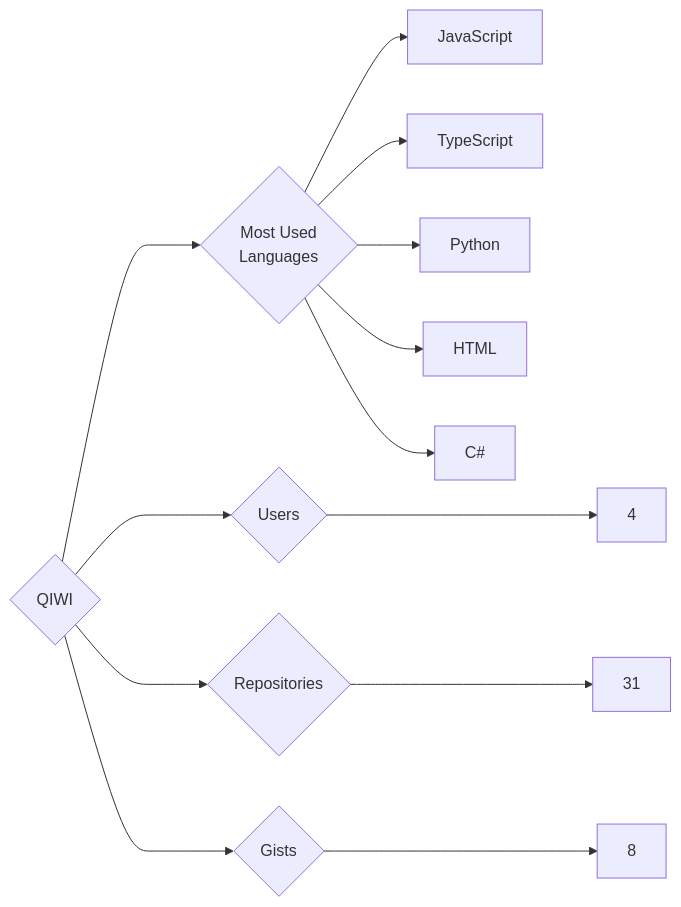
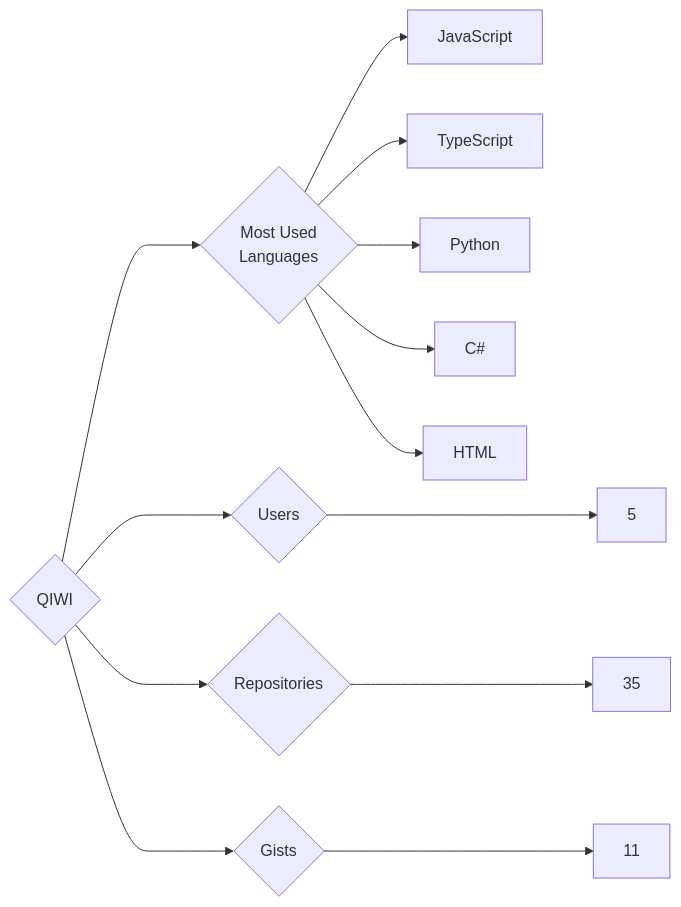
One commit to trickest/insiders changed the diagram in targets/QIWI/README.md. Above: the diagram before and after it, drawn with Mermaid. The commit also changed 953 other files, not shown here.

````diff
--- a/targets/QIWI/README.md
+++ b/targets/QIWI/README.md
@@ -3,13 +3,13 @@
 ```mermaid
 graph LR
 COMPANY_NAME{QIWI}
-COMPANY_NAME ---> U{Users} ---> UN[4]
-COMPANY_NAME ---> R{Repositories} ---> RN[31]
-COMPANY_NAME ---> G{Gists} ---> GN[8]
+COMPANY_NAME ---> U{Users} ---> UN[5]
+COMPANY_NAME ---> R{Repositories} ---> RN[35]
+COMPANY_NAME ---> G{Gists} ---> GN[11]
 COMPANY_NAME ---> ML{Most Used<br>Languages}
 ML --> JavaScript[JavaScript]
 ML --> TypeScript[TypeScript]
 ML --> Python[Python]
+ML --> C#[C#]
 ML --> HTML[HTML]
-ML --> C#[C#]
 ```
````
